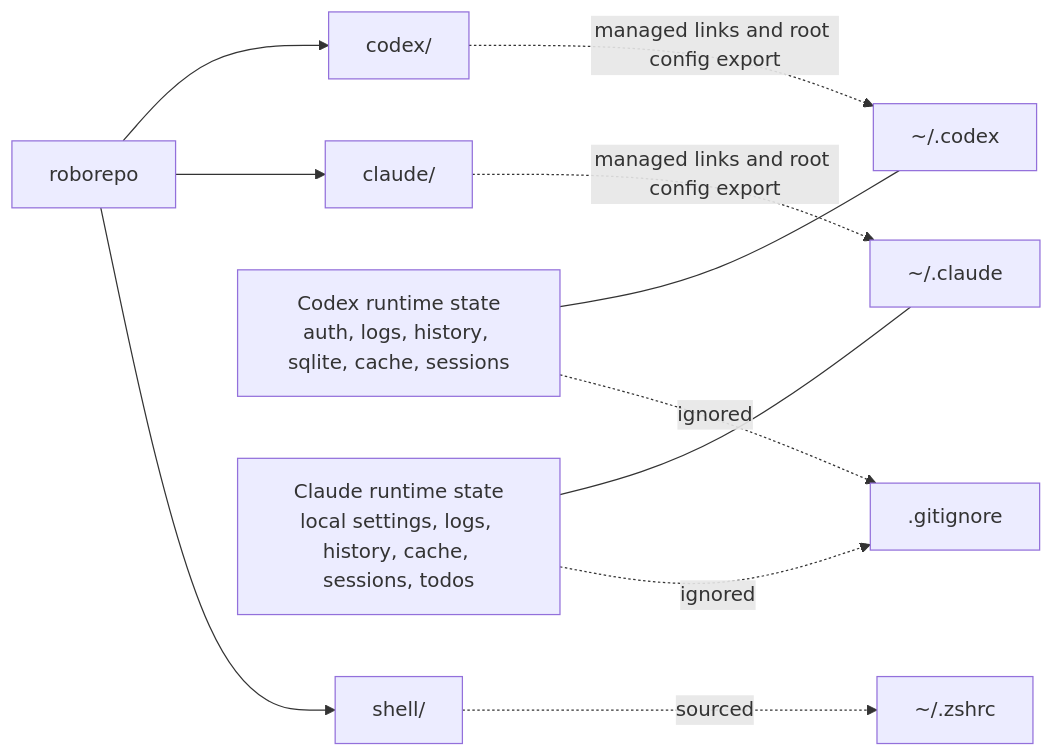
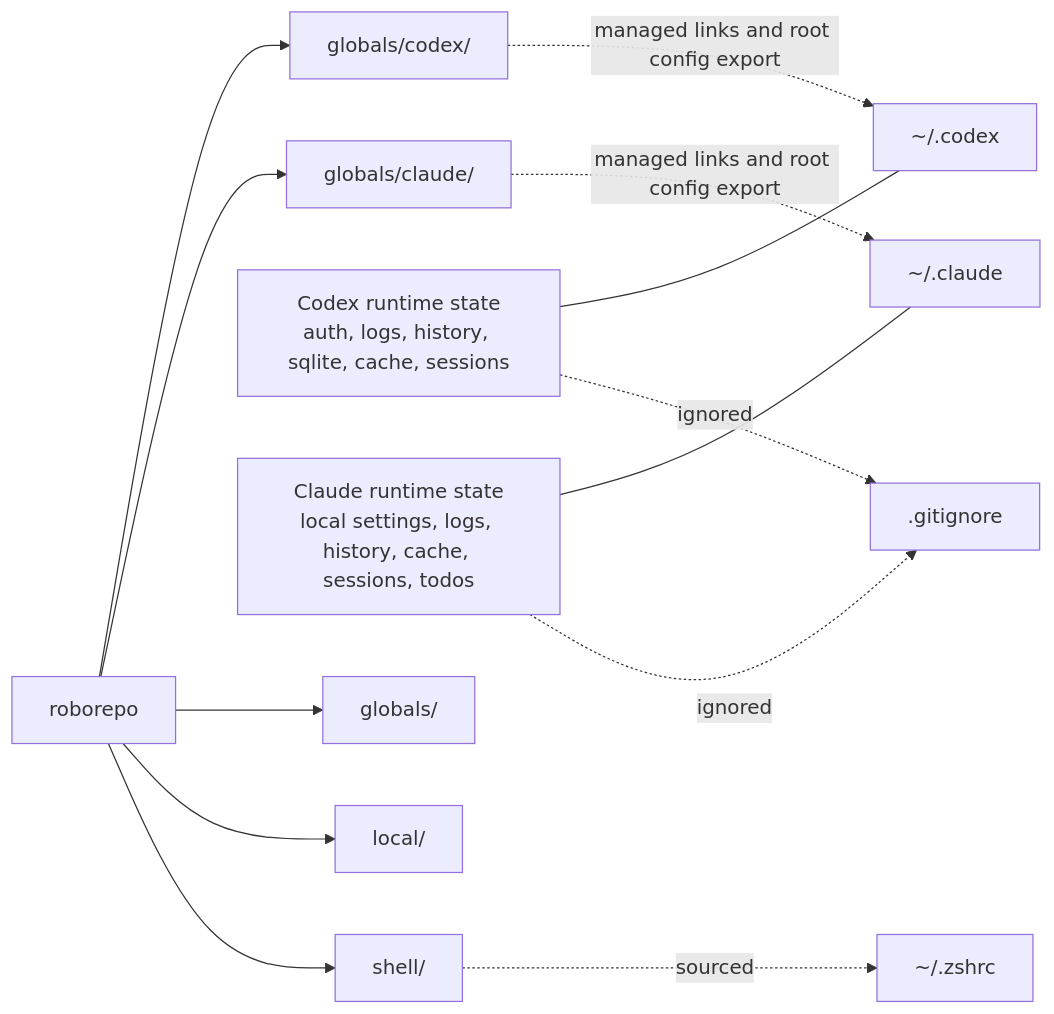
The first of 2 diagrams in docs/reference/services/architecture.md (kirinmurphy/agent_harness_configs), drawn with Mermaid before and after one commit. The commit also changed other lines of this file and 156 other files, not shown here.

````diff
--- a/docs/reference/services/architecture.md
+++ b/docs/reference/services/architecture.md
@@ -5,27 +5,31 @@
 ```mermaid
 flowchart LR
   repo["roborepo"]
-  codexRepo["codex/"]
-  claudeRepo["claude/"]
+  codexRepo["globals/codex/"]
+  claudeRepo["globals/claude/"]
   codexHome["~/.codex"]
   claudeHome["~/.claude"]
   codexRuntime["Codex runtime state<br/>auth, logs, history, sqlite, cache, sessions"]
   claudeRuntime["Claude runtime state<br/>local settings, logs, history, cache, sessions, todos"]
 
   repo --> codexRepo
   repo --> claudeRepo
 
   codexRepo -. managed links and root config export .-> codexHome
   claudeRepo -. managed links and root config export .-> claudeHome
 
   codexRuntime --- codexHome
   claudeRuntime --- claudeHome
 
   codexRuntime -. ignored .-> gitignore[".gitignore"]
   claudeRuntime -. ignored .-> gitignore
 
   shellRepo["shell/"]
+  globalsRepo["globals/"]
+  localRepo["local/"]
   zshrc["~/.zshrc"]
+  repo --> globalsRepo
+  repo --> localRepo
   repo --> shellRepo
   shellRepo -. sourced .-> zshrc
 ```
````
